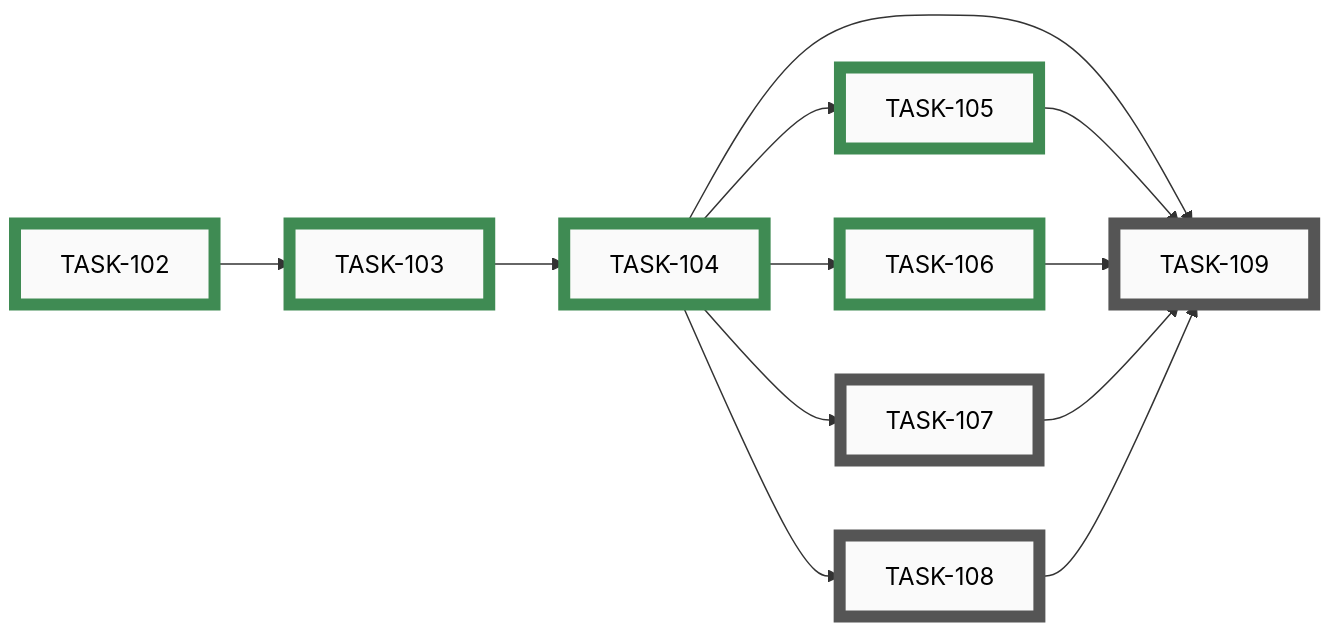
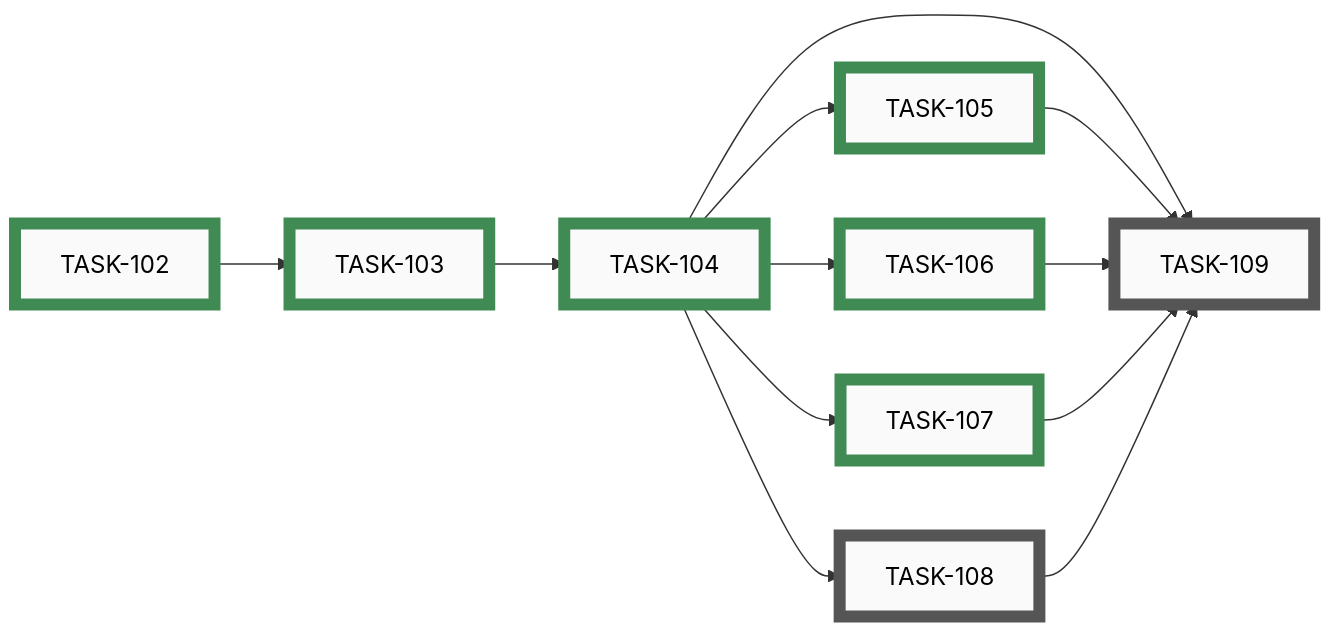
Before and after one commit to tgd1975/CircuitSmith: diagram 13 of 15 in docs/developers/tasks/EPICS.md, drawn with Mermaid. The commit also changed other lines of this file and 7 other files, not shown here.

First line of the commit message:
close TASK-107: test-plan alignment with EPIC-011

````diff
--- a/docs/developers/tasks/EPICS.md
+++ b/docs/developers/tasks/EPICS.md
@@ -787,38 +787,38 @@
 ```mermaid
 graph LR
-    TASK_107["TASK-107"]:::open
     TASK_108["TASK-108"]:::open
     TASK_109["TASK-109"]:::open
     TASK_102["TASK-102"]:::closed
     TASK_103["TASK-103"]:::closed
     TASK_104["TASK-104"]:::closed
     TASK_105["TASK-105"]:::closed
     TASK_106["TASK-106"]:::closed
-    TASK_104 --> TASK_107
+    TASK_107["TASK-107"]:::closed
     TASK_104 --> TASK_108
     TASK_104 --> TASK_109
     TASK_105 --> TASK_109
     TASK_106 --> TASK_109
     TASK_107 --> TASK_109
     TASK_108 --> TASK_109
     TASK_102 --> TASK_103
     TASK_103 --> TASK_104
     TASK_104 --> TASK_105
     TASK_104 --> TASK_106
-    click TASK_107 "open/task-107-test-plan-alignment-with-epic-011.md"
+    TASK_104 --> TASK_107
     click TASK_108 "open/task-108-annotate-idea-001-dossier.md"
     click TASK_109 "open/task-109-final-pass-readme-and-entry-points.md"
     click TASK_102 "closed/task-102-inventory-all-markdown-docs.md"
     click TASK_103 "closed/task-103-drift-sweep-stale-claims.md"
     click TASK_104 "closed/task-104-voice-unification-rewrite.md"
     click TASK_105 "closed/task-105-cross-reference-audit.md"
     click TASK_106 "closed/task-106-tutorial-alignment-with-epic-012.md"
+    click TASK_107 "closed/task-107-test-plan-alignment-with-epic-011.md"
     classDef open    fill:#FAFAFA,stroke:#555,stroke-width:8px,color:#000
     classDef active  fill:#FAFAFA,stroke:#1A6FA8,stroke-width:8px,color:#000
     classDef closed  fill:#FAFAFA,stroke:#3F8B53,stroke-width:8px,color:#000
     classDef paused  fill:#FAFAFA,stroke:#B07810,stroke-width:8px,color:#000
     classDef openExt    fill:#000,stroke:#888,stroke-width:8px,color:#FFF
     classDef activeExt  fill:#000,stroke:#3FA9F5,stroke-width:8px,color:#FFF
     classDef closedExt  fill:#000,stroke:#7CC68A,stroke-width:8px,color:#FFF
     classDef pausedExt  fill:#000,stroke:#F0B030,stroke-width:8px,color:#FFF
 ```
````
